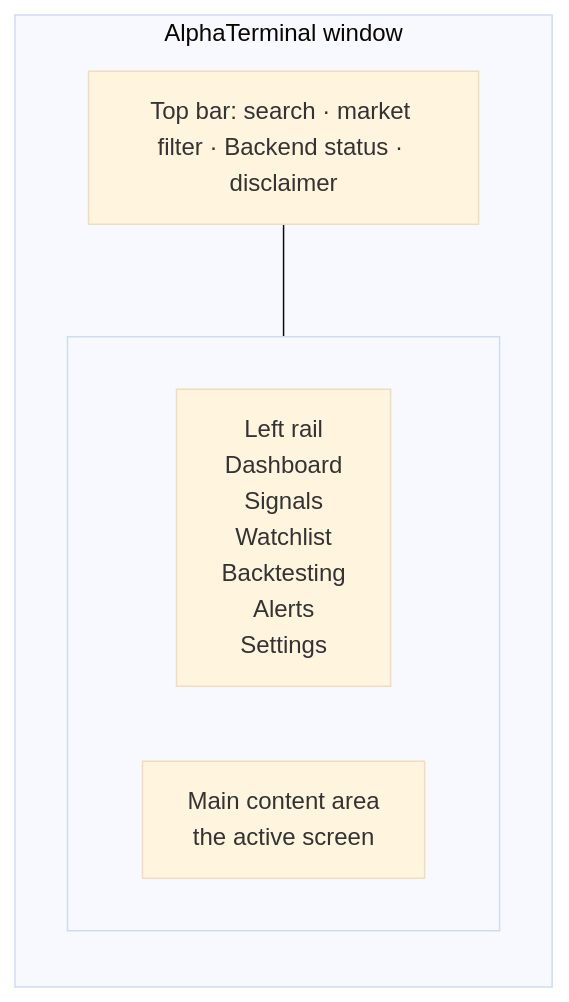
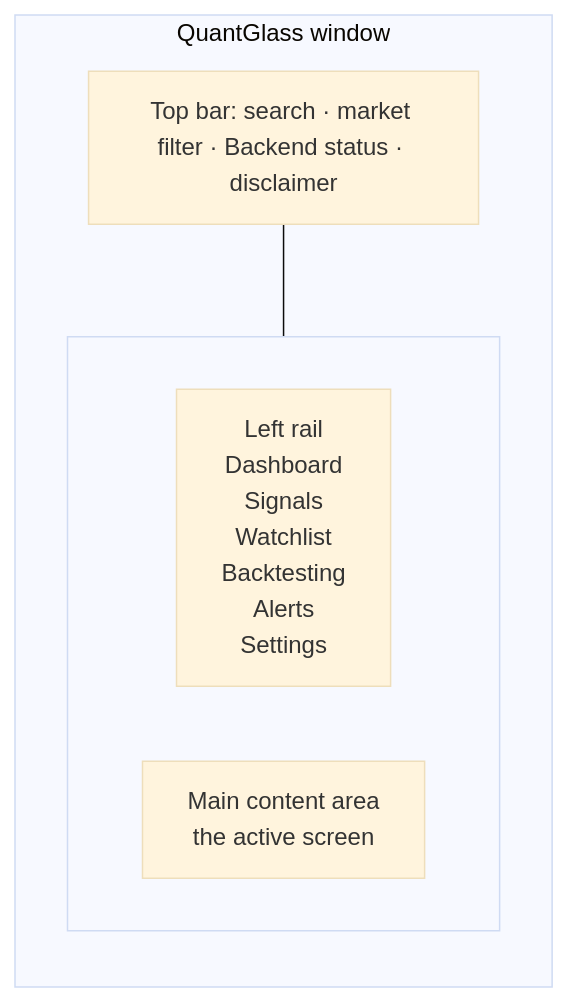
The first of 2 diagrams in docs/user-guide/03-getting-started.md (quantglass-labs/quantglass), drawn with Mermaid (base theme) before and after one commit. The commit also changed other lines of this file and 126 other files, not shown here.

Commit message:
Complete AGPL compliance and QuantGlass rename

````diff
--- a/docs/user-guide/03-getting-started.md
+++ b/docs/user-guide/03-getting-started.md
@@ -23,13 +23,13 @@
 ```mermaid
 flowchart TB
-    subgraph Window[AlphaTerminal window]
+    subgraph Window[QuantGlass window]
         direction TB
         TOP[Top bar: search · market filter · Backend status · disclaimer]
         subgraph Body[ ]
             direction LR
             NAV[Left rail<br/>Dashboard<br/>Signals<br/>Watchlist<br/>Backtesting<br/>Alerts<br/>Settings]
             MAIN[Main content area<br/>the active screen]
         end
     end
     TOP --- Body
 ```
````
